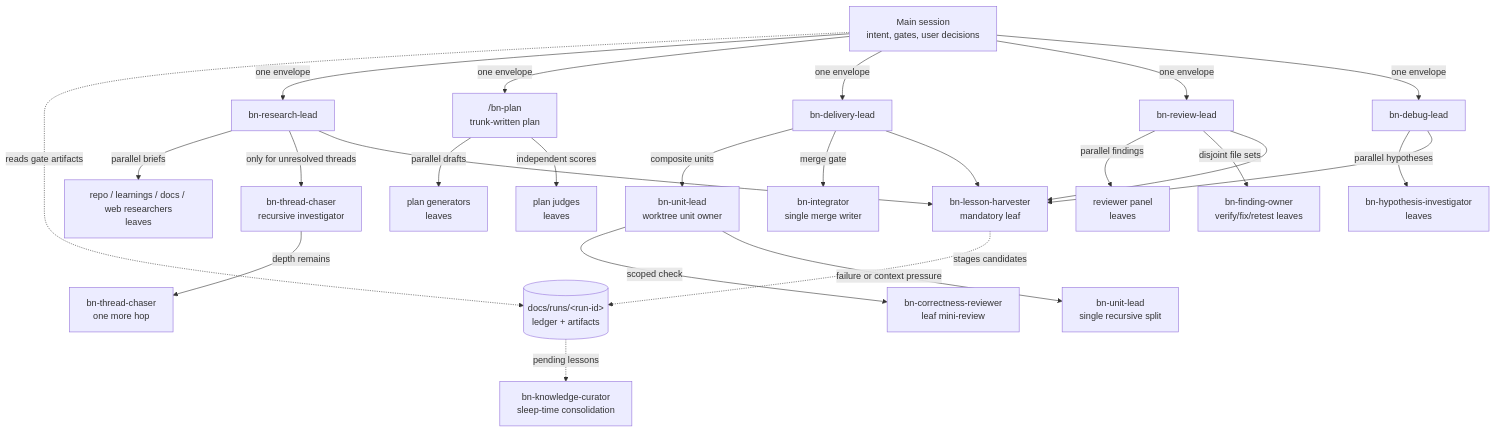
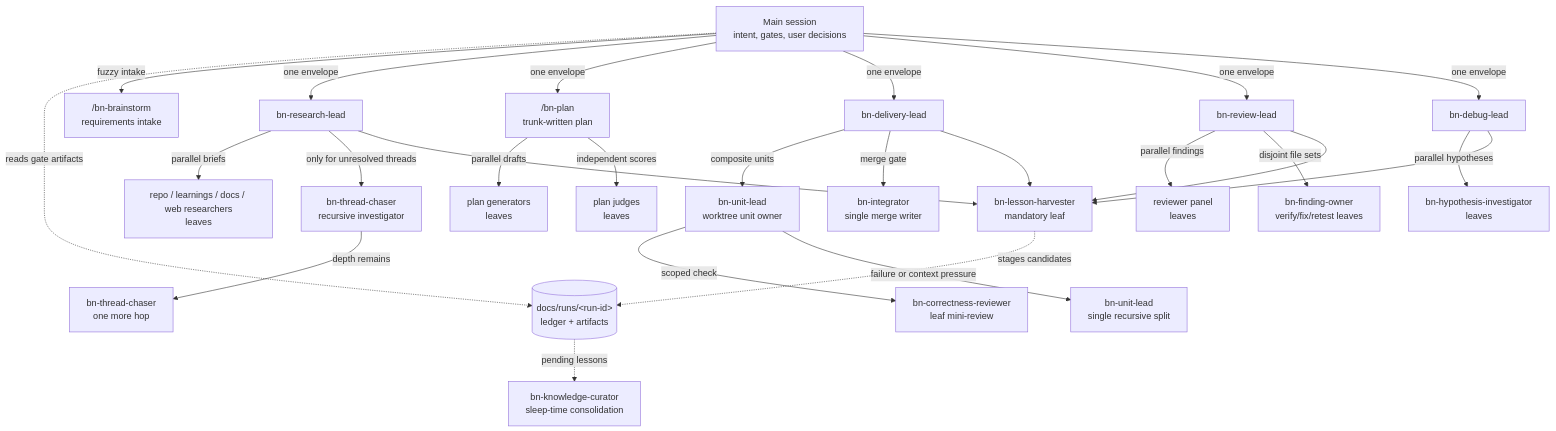
Before and after one commit to rcmoynihan/banyan: the diagram in README.md, drawn with Mermaid. The commit also changed other lines of this file and 61 other files, not shown here.

````diff
--- a/README.md
+++ b/README.md
@@ -21,36 +21,37 @@
 ```mermaid
 flowchart TD
   trunk["Main session<br/>intent, gates, user decisions"]
   ledger[("docs/runs/&lt;run-id&gt;<br/>ledger + artifacts")]
 
   trunk -. reads gate artifacts .-> ledger
+  trunk -->|"fuzzy intake"| brainstorm["/bn-brainstorm<br/>requirements intake"]
   trunk -->|"one envelope"| research["bn-research-lead"]
   trunk -->|"one envelope"| plan["/bn-plan<br/>trunk-written plan"]
   trunk -->|"one envelope"| delivery["bn-delivery-lead"]
   trunk -->|"one envelope"| review["bn-review-lead"]
   trunk -->|"one envelope"| debug["bn-debug-lead"]
 
   research -->|"parallel briefs"| researchers["repo / learnings / docs / web researchers<br/>leaves"]
   research -->|"only for unresolved threads"| chaser["bn-thread-chaser<br/>recursive investigator"]
   chaser -->|"depth remains"| chaser2["bn-thread-chaser<br/>one more hop"]
 
   plan -->|"parallel drafts"| generators["plan generators<br/>leaves"]
   plan -->|"independent scores"| judges["plan judges<br/>leaves"]
 
   delivery -->|"composite units"| unit["bn-unit-lead<br/>worktree unit owner"]
   unit -->|"scoped check"| miniReview["bn-correctness-reviewer<br/>leaf mini-review"]
   unit -->|"failure or context pressure"| subUnit["bn-unit-lead<br/>single recursive split"]
   delivery -->|"merge gate"| integrator["bn-integrator<br/>single merge writer"]
 
   review -->|"parallel findings"| reviewers["reviewer panel<br/>leaves"]
   review -->|"disjoint file sets"| owners["bn-finding-owner<br/>verify/fix/retest leaves"]
 
   debug -->|"parallel hypotheses"| investigators["bn-hypothesis-investigator<br/>leaves"]
 
   research --> harvest["bn-lesson-harvester<br/>mandatory leaf"]
   delivery --> harvest
   review --> harvest
   debug --> harvest
   harvest -. stages candidates .-> ledger
   ledger -. pending lessons .-> curator["bn-knowledge-curator<br/>sleep-time consolidation"]
 ```
````
